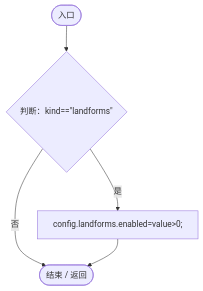
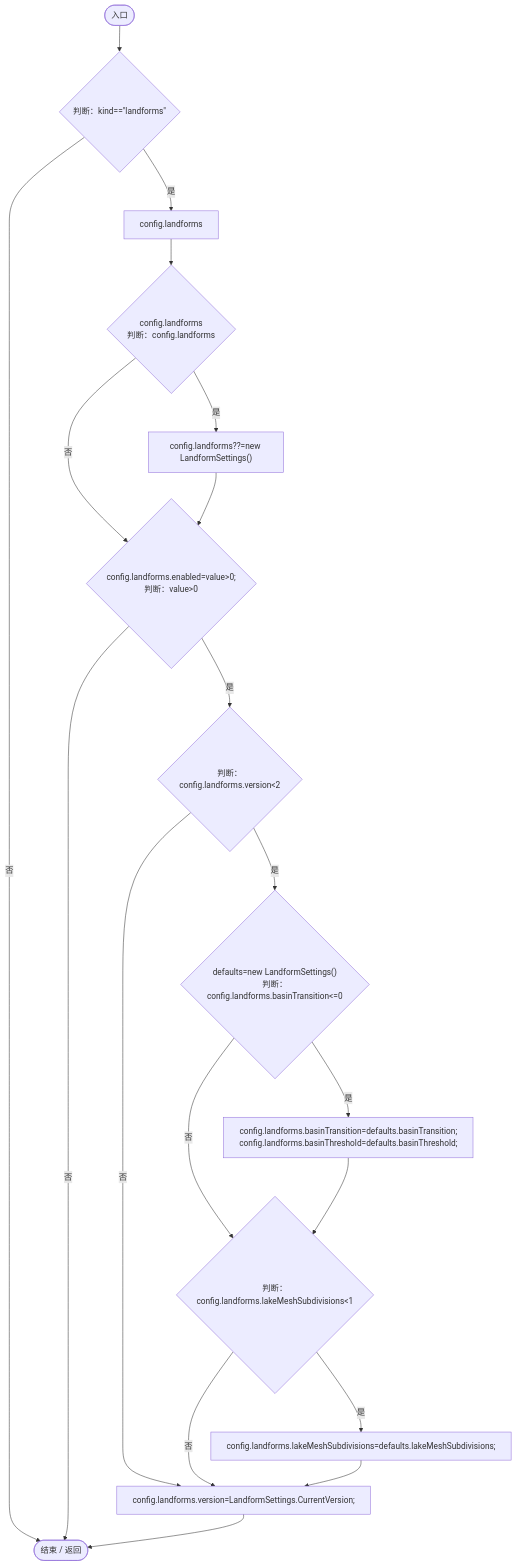
One commit to xhs6666/Darwin_paradise changed the sixth of 6 diagrams in Docs/运行流程图/脚本/a492c83bf894e14d.md. Above: the diagram before and after it, drawn with Mermaid. The commit also changed other lines of this file and 150 other files, not shown here.

````diff
--- a/Docs/运行流程图/脚本/a492c83bf894e14d.md
+++ b/Docs/运行流程图/脚本/a492c83bf894e14d.md
@@ -179,12 +185,35 @@
 ```mermaid
 flowchart TD
   b0(["入口"])
   b1{"判断：kind==&quot;landforms&quot;"}
-  b2["config.landforms.enabled=value&gt;0;"]
-  b3(["结束 / 返回"])
+  b2["config.landforms"]
+  b3{"config.landforms<br/>判断：config.landforms"}
+  b4["config.landforms??=new LandformSettings()"]
+  b5{"config.landforms.enabled=value&gt;0;<br/>判断：value&gt;0"}
+  b6{"判断：config.landforms.version&lt;2"}
+  b7{"defaults=new LandformSettings()<br/>判断：config.landforms.basinTransition&lt;=0"}
+  b8["config.landforms.basinTransition=defaults.basinTransition;<br/>config.landforms.basinThreshold=defaults.basinThreshold;"]
+  b9{"判断：config.landforms.lakeMeshSubdivisions&lt;1"}
+  b10["config.landforms.lakeMeshSubdivisions=defaults.lakeMeshSubdivisions;"]
+  b11["config.landforms.version=LandformSettings.CurrentVersion;"]
+  b12(["结束 / 返回"])
   b0 --> b1
   b1 -->|"是"| b2
-  b1 -->|"否"| b3
+  b1 -->|"否"| b12
   b2 --> b3
+  b3 -->|"否"| b5
+  b3 -->|"是"| b4
+  b4 --> b5
+  b5 -->|"是"| b6
+  b5 -->|"否"| b12
+  b6 -->|"是"| b7
+  b6 -->|"否"| b11
+  b7 -->|"是"| b8
+  b7 -->|"否"| b9
+  b8 --> b9
+  b9 -->|"是"| b10
+  b9 -->|"否"| b11
+  b10 --> b11
+  b11 --> b12
 
 ```
````
